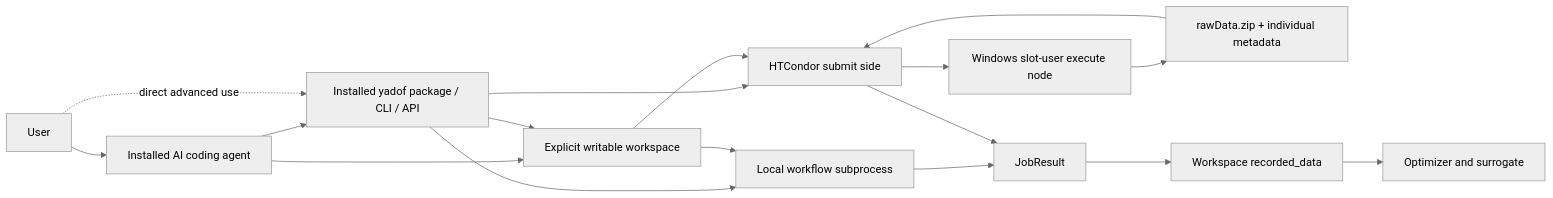
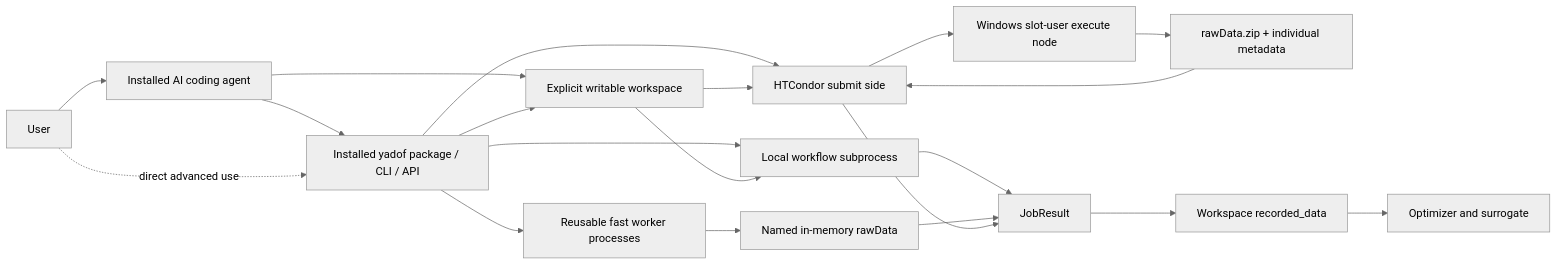
The diagram in dev_doc/architecture/c4_container.md (YS-Pan/yadof), drawn with Mermaid (neutral theme) before and after one commit. The commit also changed other lines of this file and 51 other files, not shown here.

````diff
--- a/dev_doc/architecture/c4_container.md
+++ b/dev_doc/architecture/c4_container.md
@@ -3,19 +3,22 @@
 ```mermaid
 flowchart LR
     User["User"] --> Agent["Installed AI coding agent"]
     Agent --> Package["Installed yadof package / CLI / API"]
     Agent --> Workspace["Explicit writable workspace"]
     User -. direct advanced use .-> Package
     Package --> Workspace
     Package --> Local["Local workflow subprocess"]
+    Package --> Fast["Reusable fast worker processes"]
     Package --> Schedd["HTCondor submit side"]
     Schedd --> Worker["Windows slot-user execute node"]
     Workspace --> Local
     Workspace --> Schedd
     Local --> Result["JobResult"]
+    Fast --> Memory["Named in-memory rawData"]
+    Memory --> Result
     Worker --> Zip["rawData.zip + individual metadata"]
     Zip --> Schedd
     Schedd --> Result
     Result --> Records["Workspace recorded_data"]
     Records --> Optimizer["Optimizer and surrogate"]
 ```
````
